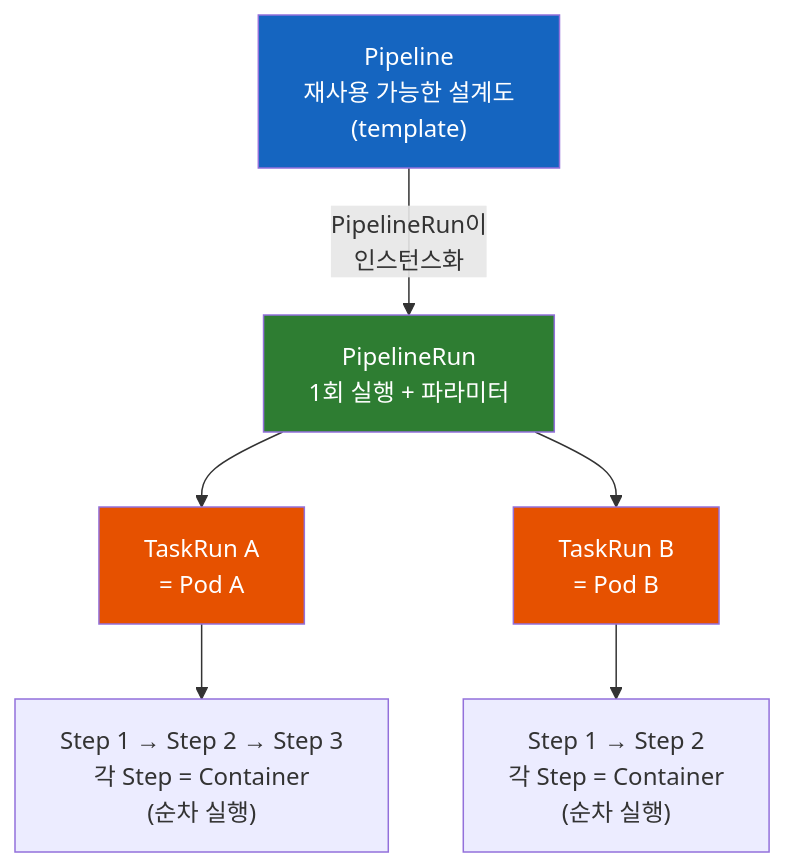
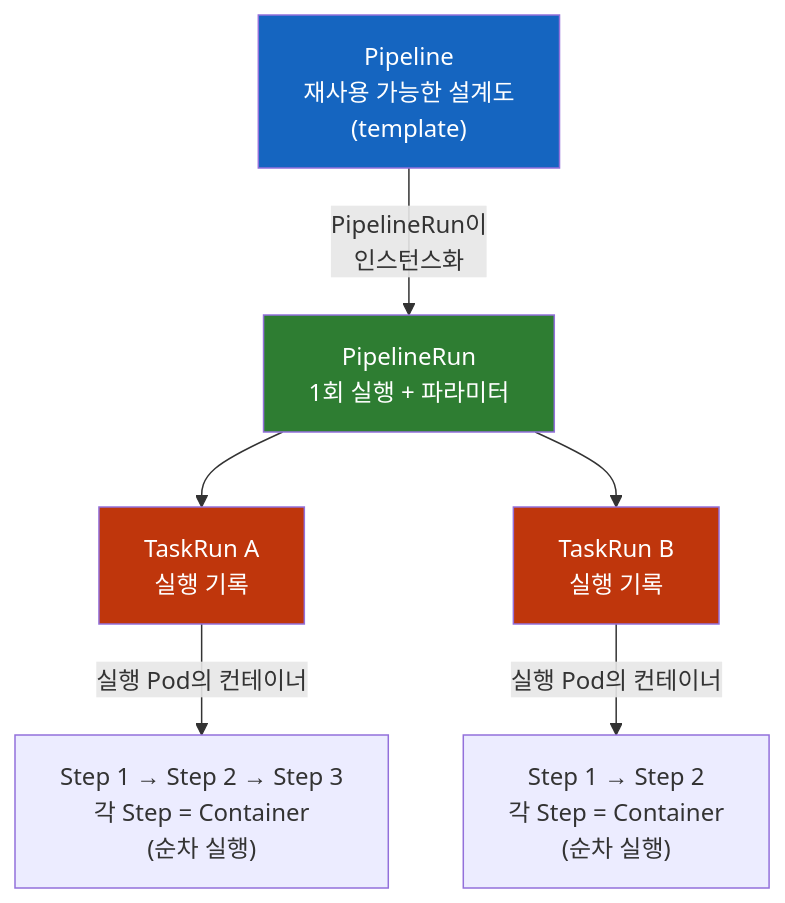
Before and after one commit to sskim91/TIL: the first of 3 diagrams in kubernetes/Tekton의-Pipeline과-PipelineRun은-왜-따로-존재할까.md, drawn with Mermaid. The commit also changed other lines of this file and 39 other files, not shown here.

````diff
--- a/kubernetes/Tekton의-Pipeline과-PipelineRun은-왜-따로-존재할까.md
+++ b/kubernetes/Tekton의-Pipeline과-PipelineRun은-왜-따로-존재할까.md
@@ -11,13 +15,13 @@
 ```mermaid
 flowchart TD
     P["Pipeline<br>재사용 가능한 설계도<br>(template)"] -->|"PipelineRun이<br>인스턴스화"| PR["PipelineRun<br>1회 실행 + 파라미터"]
-    PR --> TRA["TaskRun A<br>= Pod A"]
-    PR --> TRB["TaskRun B<br>= Pod B"]
-    TRA --> SA["Step 1 → Step 2 → Step 3<br>각 Step = Container<br>(순차 실행)"]
-    TRB --> SB["Step 1 → Step 2<br>각 Step = Container<br>(순차 실행)"]
+    PR --> TRA["TaskRun A<br>실행 기록"]
+    PR --> TRB["TaskRun B<br>실행 기록"]
+    TRA -->|실행 Pod의 컨테이너| SA["Step 1 → Step 2 → Step 3<br>각 Step = Container<br>(순차 실행)"]
+    TRB -->|실행 Pod의 컨테이너| SB["Step 1 → Step 2<br>각 Step = Container<br>(순차 실행)"]
 
     style P fill:#1565C0,color:#fff
     style PR fill:#2E7D32,color:#fff
-    style TRA fill:#E65100,color:#fff
-    style TRB fill:#E65100,color:#fff
+    style TRA fill:#BF360C,color:#fff
+    style TRB fill:#BF360C,color:#fff
 ```
````
